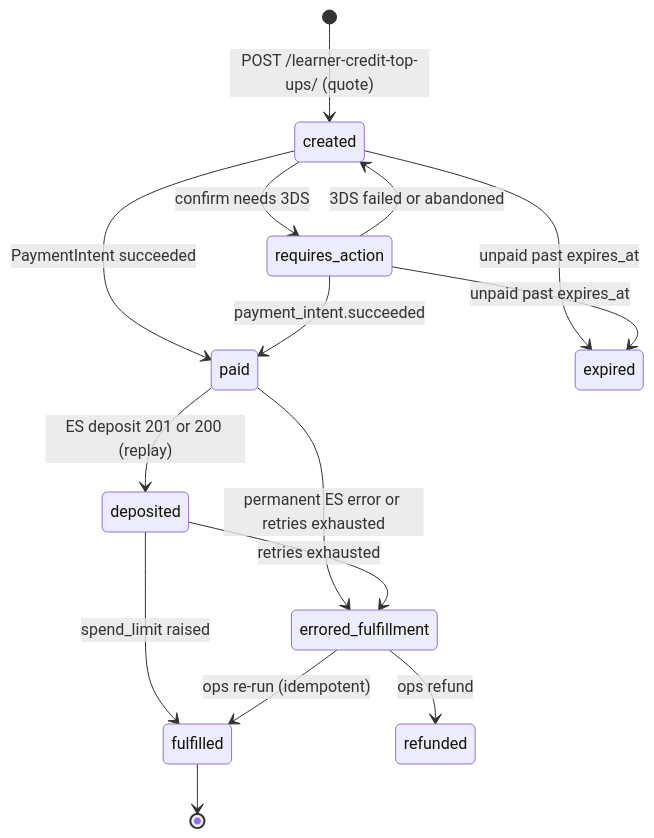
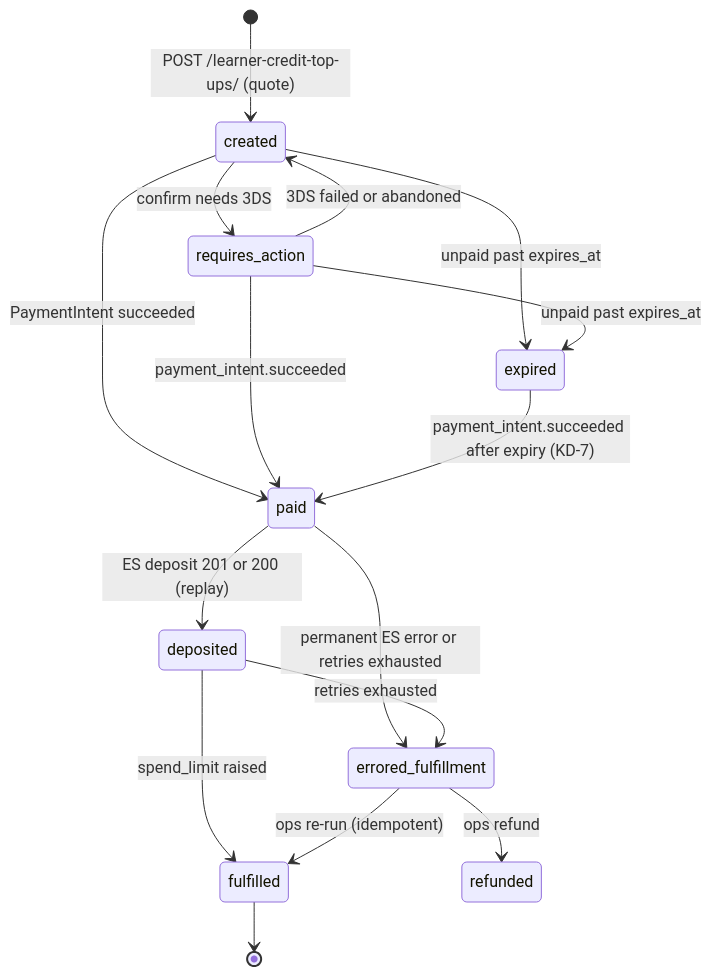
The second of 5 diagrams in docs/plans/tech-spec.md (edx/enterprise-access), drawn with Mermaid before and after one commit. The commit also changed other lines of this file and 1 other file, not shown here.

````diff
--- a/docs/plans/tech-spec.md
+++ b/docs/plans/tech-spec.md
@@ -516,17 +561,18 @@
 ```mermaid
 stateDiagram-v2
     [*] --> created: POST /learner-credit-top-ups/ (quote)
     created --> requires_action: confirm needs 3DS
     requires_action --> created: 3DS failed or abandoned
     created --> paid: PaymentIntent succeeded
     requires_action --> paid: payment_intent.succeeded
     created --> expired: unpaid past expires_at
     requires_action --> expired: unpaid past expires_at
+    expired --> paid: payment_intent.succeeded after expiry (KD-7)
     paid --> deposited: ES deposit 201 or 200 (replay)
     deposited --> fulfilled: spend_limit raised
     paid --> errored_fulfillment: permanent ES error or retries exhausted
     deposited --> errored_fulfillment: retries exhausted
     errored_fulfillment --> fulfilled: ops re-run (idempotent)
     errored_fulfillment --> refunded: ops refund
     fulfilled --> [*]
 ```
````
